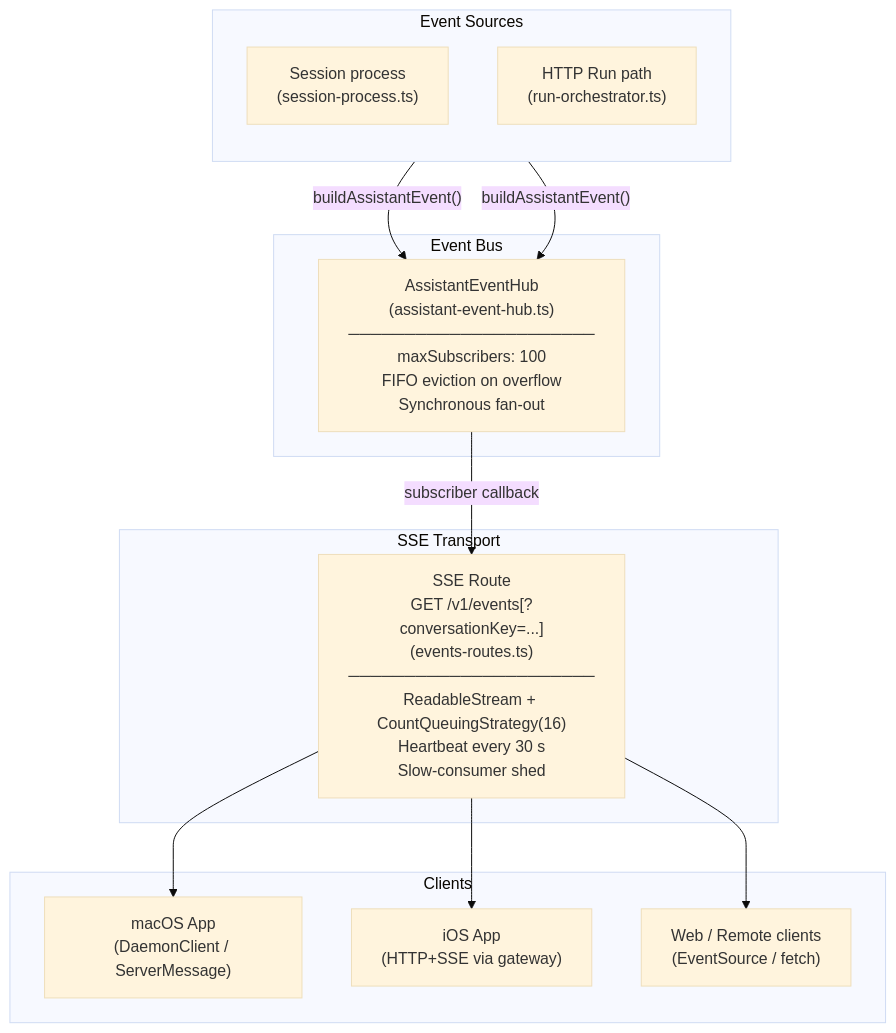
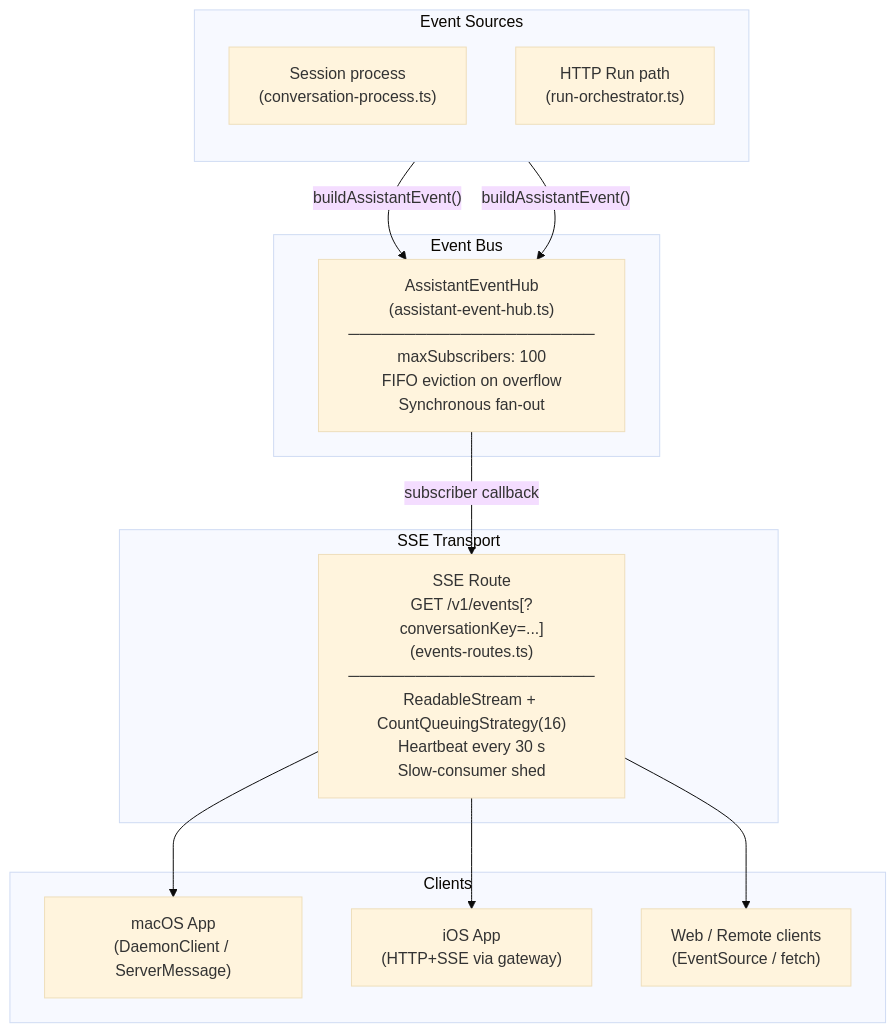
One commit to vellum-ai/vellum-assistant changed diagram 17 of 17 in assistant/ARCHITECTURE.md. Above: the diagram before and after it, drawn with Mermaid (base theme). The commit also changed other lines of this file and 8 other files, not shown here.

````diff
--- a/assistant/ARCHITECTURE.md
+++ b/assistant/ARCHITECTURE.md
@@ -1686,31 +1686,31 @@
 ```mermaid
 graph TB
     subgraph "Event Sources"
         direction TB
-        SESSION["Session process<br/>(session-process.ts)"]
+        SESSION["Session process<br/>(conversation-process.ts)"]
         HTTP_RUN["HTTP Run path<br/>(run-orchestrator.ts)"]
     end
 
     subgraph "Event Bus"
         HUB["AssistantEventHub<br/>(assistant-event-hub.ts)<br/>──────────────────────<br/>maxSubscribers: 100<br/>FIFO eviction on overflow<br/>Synchronous fan-out"]
     end
 
     subgraph "SSE Transport"
         SSE_ROUTE["SSE Route<br/>GET /v1/events[?conversationKey=...]<br/>(events-routes.ts)<br/>──────────────────────<br/>ReadableStream + CountQueuingStrategy(16)<br/>Heartbeat every 30 s<br/>Slow-consumer shed"]
     end
 
     subgraph "Clients"
         MACOS["macOS App<br/>(DaemonClient / ServerMessage)"]
         IOS["iOS App<br/>(HTTP+SSE via gateway)"]
         WEB["Web / Remote clients<br/>(EventSource / fetch)"]
     end
 
     SESSION -->|"buildAssistantEvent()"| HUB
     HTTP_RUN -->|"buildAssistantEvent()"| HUB
 
     HUB -->|"subscriber callback"| SSE_ROUTE
 
     SSE_ROUTE --> MACOS
     SSE_ROUTE --> IOS
     SSE_ROUTE --> WEB
 ```
````
